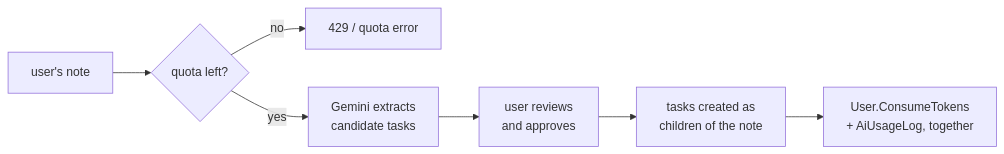
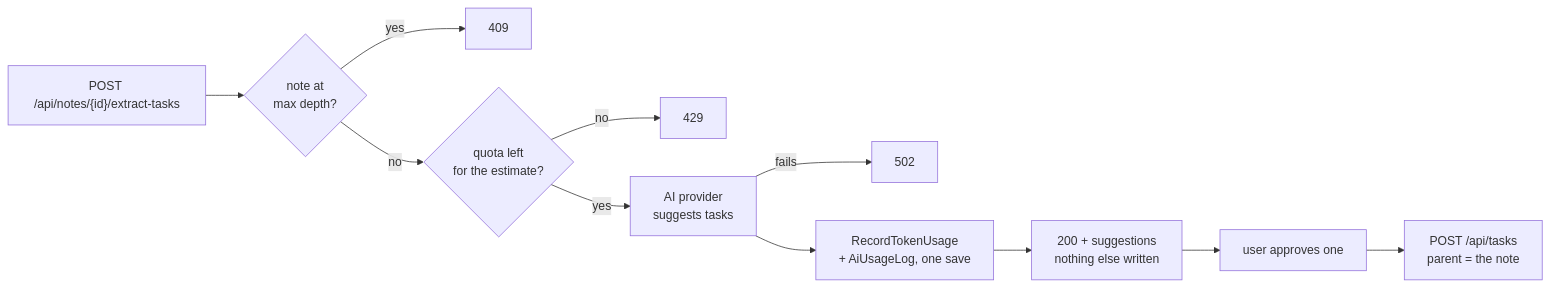
The seventh of 8 diagrams in docs/ARCHITECTURE.md (alamr-nawaf/StudyHub), drawn with Mermaid before and after one commit. The commit also changed other lines of this file and 3 other files, not shown here.

Commit message:
Update Roadmap

````diff
--- a/docs/ARCHITECTURE.md
+++ b/docs/ARCHITECTURE.md
@@ -317,9 +341,13 @@
 ```mermaid
 graph LR
-    N["user's note"] --> Q{"quota left?"}
-    Q -->|no| R["429 / quota error"]
-    Q -->|yes| AI["Gemini extracts<br/>candidate tasks"]
-    AI --> U["user reviews<br/>and approves"]
-    U --> T["tasks created as<br/>children of the note"]
-    T --> L["User.ConsumeTokens<br/>+ AiUsageLog, together"]
+    N["POST /api/notes/{id}/extract-tasks"] --> D{"note at<br/>max depth?"}
+    D -->|yes| R1["409"]
+    D -->|no| Q{"quota left<br/>for the estimate?"}
+    Q -->|no| R2["429"]
+    Q -->|yes| AI["AI provider<br/>suggests tasks"]
+    AI -->|fails| R3["502"]
+    AI --> L["RecordTokenUsage<br/>+ AiUsageLog, one save"]
+    L --> S["200 + suggestions<br/>nothing else written"]
+    S --> U["user approves one"]
+    U --> T["POST /api/tasks<br/>parent = the note"]
 ```
````
